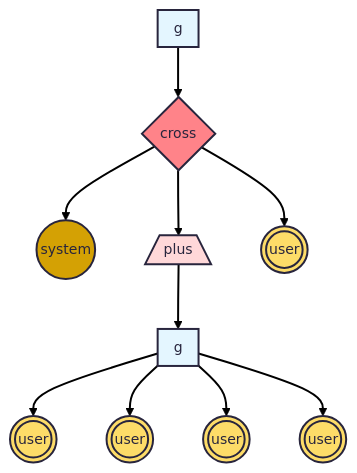
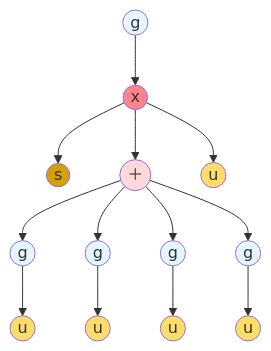
The diagram in README.md (starpit/spnl), drawn with Mermaid before and after one commit. The commit also changed other lines of this file, not shown here.

Commit message:
doc: some tweaks to concrete syntax overview in readme
plus fix mermaid chart to have multiple inner g nodes

````diff
--- a/README.md
+++ b/README.md
@@ -30,29 +34,26 @@
 ```mermaid
----
-config:
-      theme: redux
-      flowchart:
-            padding: 0
----
 flowchart TD
-        g1["g"] --> x1{"cross"}
-        x1 --> s1(("system"))
-        x1 --> p1[/"plus"\]
-        x1 --> u1((("user")))
-        p1 --> g2["g"]
-        g2 --> u2((("user")))
-        g2 --> u3((("user")))
-        g2 --> u4((("user")))
-        g2 --> u5((("user")))
+        g1((g)) --> x1((x))
+        x1 --> s1((s))
+        x1 --> p1((＋))
+        x1 --> u1((u))
+        p1 --> g2((g))
+        p1 --> g3((g))
+        p1 --> g4((g))
+        p1 --> g5((g))
+        g2 --> u2((u))
+        g3 --> u3((u))
+        g4 --> u4((u))
+        g5 --> u5((u))
 
         classDef g fill:#e4f6ff
         classDef x fill:#ff8389
         classDef p fill:#ffd8d9
         classDef s fill:#d4a104
         classDef u fill:#fddc68
-        class g1,g2 g
+        class g1,g2,g3,g4,g5 g
         class x1 x
         class p1 p
         class s1 s
         class u1,u2,u3,u4,u5 u
 ```
````
